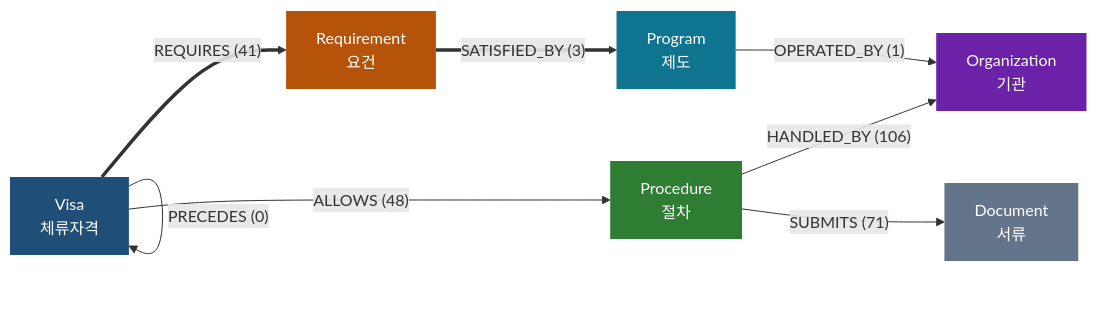
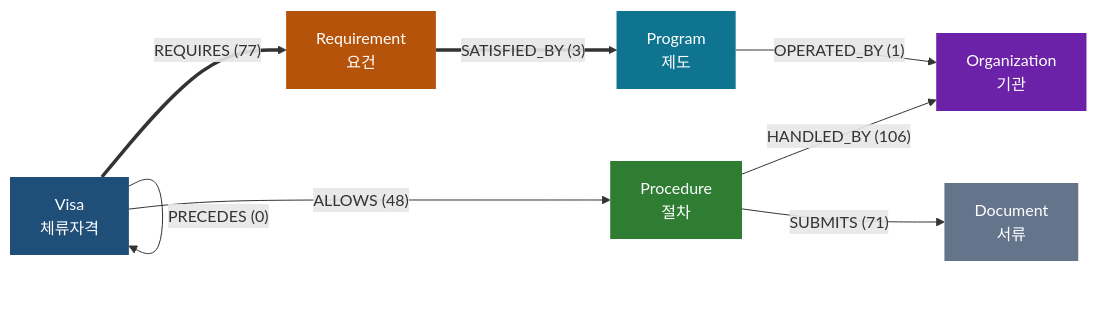
One commit to jubyeong-kim/visa-graph-agent changed the diagram in output/schema.md. Above: the diagram before and after it, drawn with Mermaid. The commit also changed 9 other files, not shown here.

````diff
--- a/output/schema.md
+++ b/output/schema.md
@@ -5,25 +5,25 @@
 ```mermaid
 graph LR
   Visa["Visa<br/>체류자격"]
   Procedure["Procedure<br/>절차"]
   Requirement["Requirement<br/>요건"]
   Organization["Organization<br/>기관"]
   Program["Program<br/>제도"]
   Document["Document<br/>서류"]
 
   Visa ==>|"CONVERTS_TO (16)"| Visa
-  Visa ==>|"REQUIRES (41)"| Requirement
+  Visa ==>|"REQUIRES (77)"| Requirement
   Visa -->|"ALLOWS (48)"| Procedure
   Procedure -->|"HANDLED_BY (106)"| Organization
   Procedure -->|"SUBMITS (71)"| Document
   Requirement ==>|"SATISFIED_BY (3)"| Program
   Program -->|"OPERATED_BY (1)"| Organization
   Visa -->|"PRECEDES (0)"| Visa
 
   style Visa fill:#1f4e79,color:#fff,stroke:none
   style Procedure fill:#2e7d32,color:#fff,stroke:none
   style Requirement fill:#b45309,color:#fff,stroke:none
   style Organization fill:#6b21a8,color:#fff,stroke:none
   style Program fill:#0e7490,color:#fff,stroke:none
   style Document fill:#64748b,color:#fff,stroke:none
 ```
````
